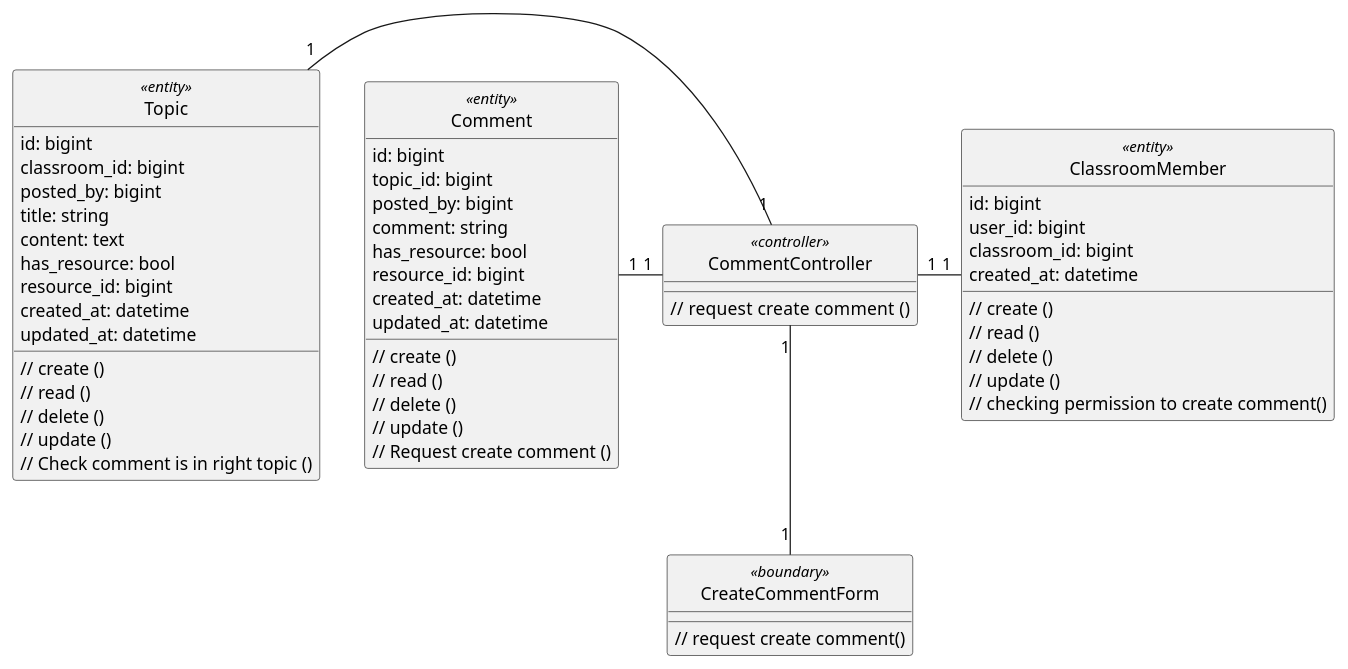
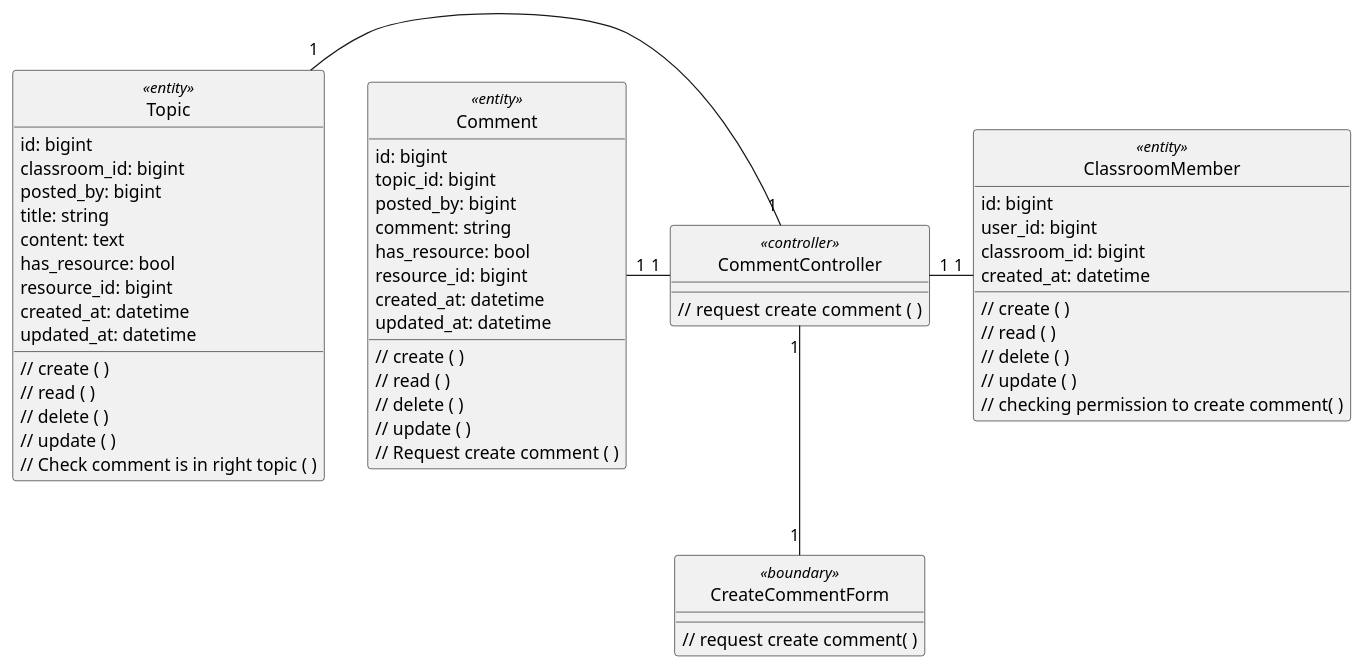
The diagram in class - analysis/comment/createComment.plantuml (anonyhostvn/OOAD-Diagram), drawn with PlantUML before and after one commit. The commit also changed 16 other files, not shown here.

```diff
--- a/class - analysis/comment/createComment.plantuml
+++ b/class - analysis/comment/createComment.plantuml
@@ -1,71 +1,71 @@
 @startuml createComment
 
 class Topic <<entity>> {
     id: bigint
     classroom_id: bigint
     posted_by: bigint
     title: string
     content: text
     has_resource: bool
     resource_id: bigint
     created_at: datetime
     updated_at: datetime
 
-    // create ()
-    // read ()
-    // delete ()
-    // update ()
-    // Check comment is in right topic ()
+    // create ( )
+    // read ( )
+    // delete ( )
+    // update ( )
+    // Check comment is in right topic ( )
 }
 
 class Comment <<entity>> {
     id: bigint
     topic_id: bigint
     posted_by: bigint
     comment: string
     has_resource: bool
     resource_id: bigint
     created_at: datetime
     updated_at: datetime
 
-    // create ()
-    // read ()
-    // delete ()
-    // update ()
-    // Request create comment ()
+    // create ( )
+    // read ( )
+    // delete ( )
+    // update ( )
+    // Request create comment ( )
 }
 
 class ClassroomMember <<entity>> {
     id: bigint
     user_id: bigint
     classroom_id: bigint
     created_at: datetime
 
-    // create ()
-    // read ()
-    // delete ()
-    // update ()
-    // checking permission to create comment()
+    // create ( )
+    // read ( )
+    // delete ( )
+    // update ( )
+    // checking permission to create comment( )
 }
 
 class CreateCommentForm <<boundary>> {
-    // request create comment()
+    // request create comment( )
 }
 
 class CommentController <<controller>> {
-    // request create comment  ()
+    // request create comment  ( )
 }
 
 hide Comment <<entity>> circle
 hide CreateCommentForm <<boundary>> circle
 hide CommentController <<controller>> circle
 
 CommentController "1" -left- "1" Comment
 CommentController "1" -right- "1" ClassroomMember
 CommentController "1" -down- "1" CreateCommentForm
 CommentController "1" -left- "1" Topic
 
 
 
 
 @enduml
```
